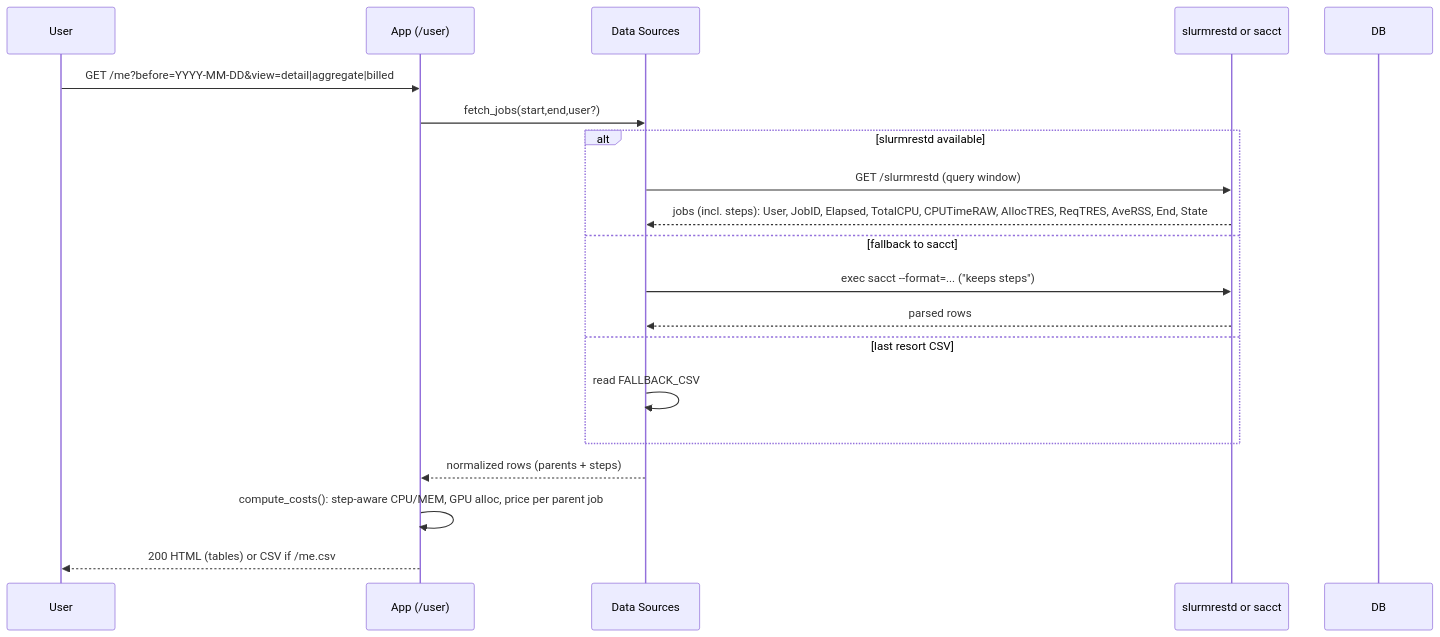
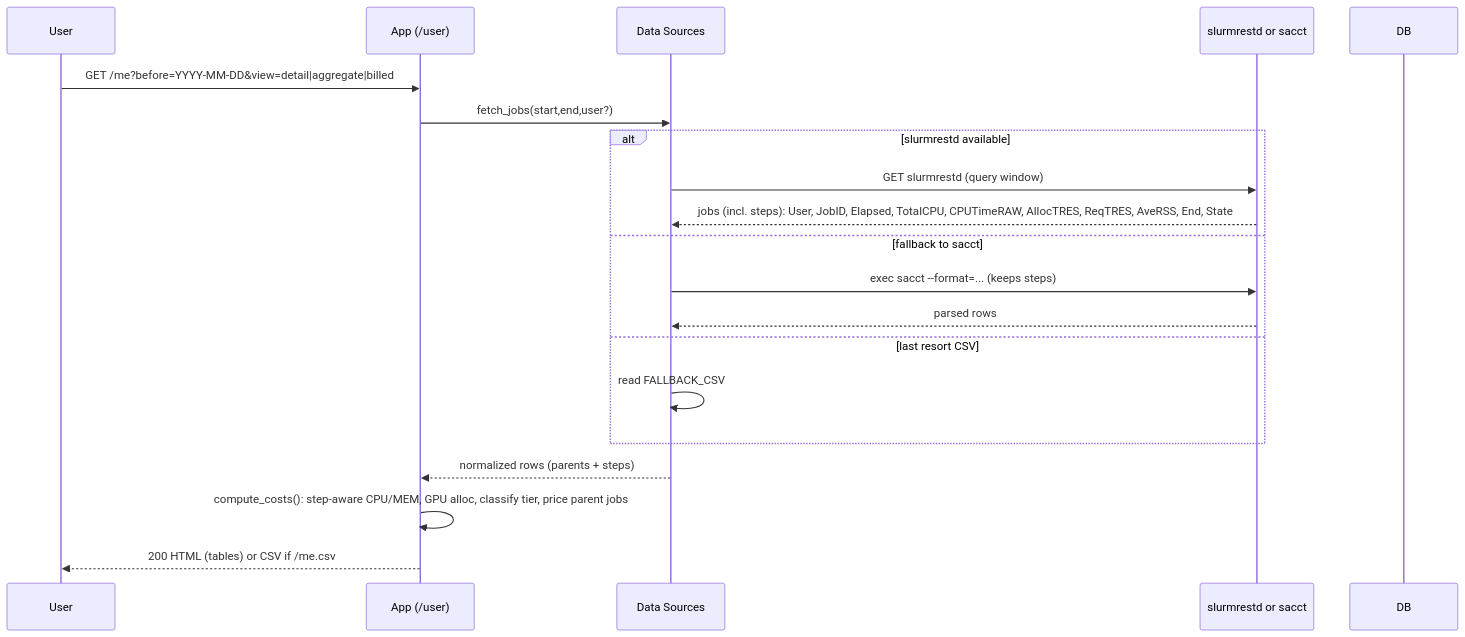
The second of 15 diagrams in docs/05-flows.md (Purinat33/hpc_flask), drawn with Mermaid before and after one commit. The commit also changed other lines of this file and 4 other files, not shown here.

````diff
--- a/docs/05-flows.md
+++ b/docs/05-flows.md
@@ -56,23 +56,23 @@
 ```mermaid
 sequenceDiagram
   participant U as User
   participant App as App (/user)
   participant DS as Data Sources
   participant Slurm as slurmrestd or sacct
   participant DB as DB
 
   U->>App: GET /me?before=YYYY-MM-DD&view=detail|aggregate|billed
   App->>DS: fetch_jobs(start,end,user?)
   alt slurmrestd available
-    DS->>Slurm: GET /slurmrestd (query window)
+    DS->>Slurm: GET slurmrestd (query window)
     Slurm-->>DS: jobs (incl. steps): User, JobID, Elapsed, TotalCPU, CPUTimeRAW, AllocTRES, ReqTRES, AveRSS, End, State
   else fallback to sacct
-    DS->>Slurm: exec sacct --format=... ("keeps steps")
+    DS->>Slurm: exec sacct --format=... (keeps steps)
     Slurm-->>DS: parsed rows
   else last resort CSV
     DS->>DS: read FALLBACK_CSV
   end
   DS-->>App: normalized rows (parents + steps)
-  App->>App: compute_costs(): step-aware CPU/MEM, GPU alloc, price per parent job
+  App->>App: compute_costs(): step-aware CPU/MEM, GPU alloc, classify tier, price parent jobs
   App-->>U: 200 HTML (tables) or CSV if /me.csv
 ```
````
